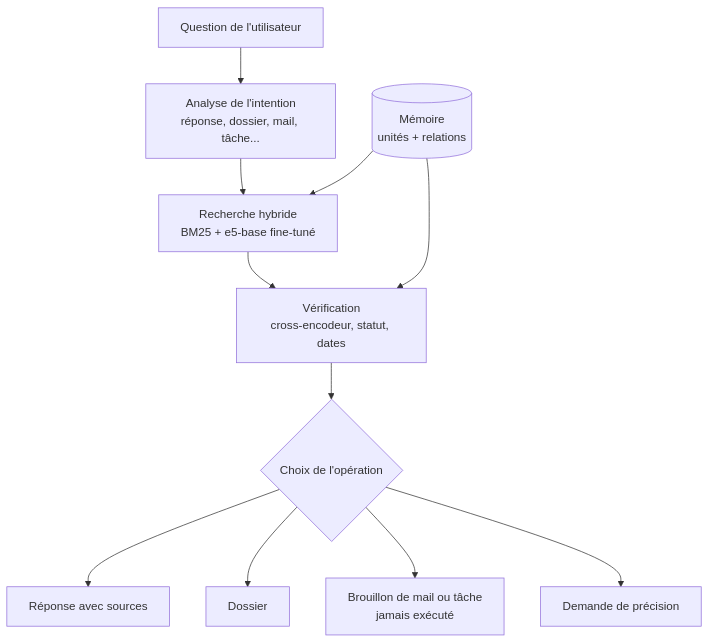
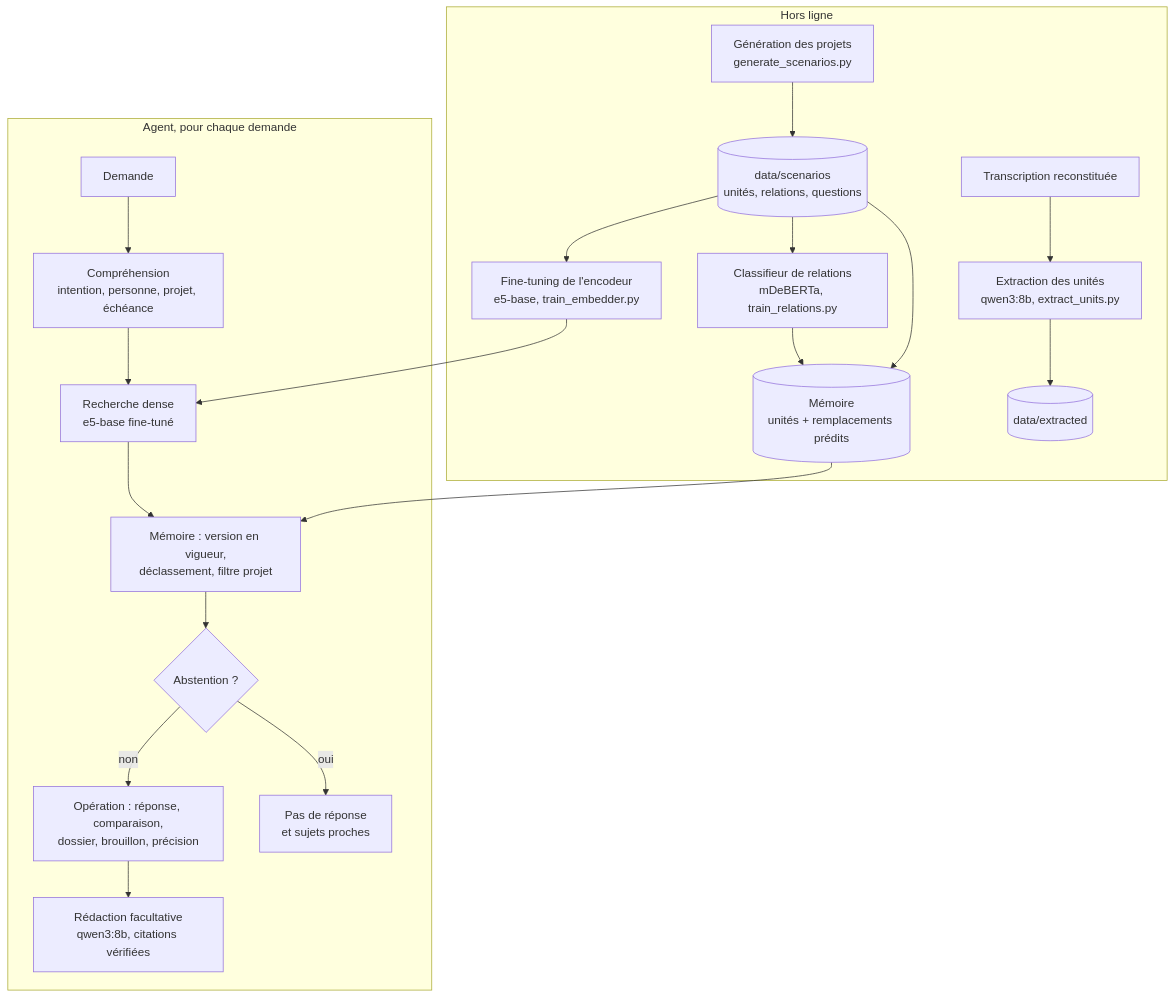
The first of 5 diagrams in docs/ARCHITECTURE.md (Gabricode5/EMBEDDING-LAB), drawn with Mermaid before and after one commit. The commit also changed other lines of this file and 4 other files, not shown here.

````diff
--- a/docs/ARCHITECTURE.md
+++ b/docs/ARCHITECTURE.md
@@ -9,13 +13,23 @@
 ```mermaid
 flowchart TD
-    Q[Question de l'utilisateur] --> I[Analyse de l'intention<br/>réponse, dossier, mail, tâche...]
-    I --> R[Recherche hybride<br/>BM25 + e5-base fine-tuné]
-    M[(Mémoire<br/>unités + relations)] --> R
-    R --> V[Vérification<br/>cross-encodeur, statut, dates]
-    M --> V
-    V --> C{Choix de l'opération}
-    C --> A1[Réponse avec sources]
-    C --> A2[Dossier]
-    C --> A3[Brouillon de mail ou tâche<br/>jamais exécuté]
-    C --> A4[Demande de précision]
+    subgraph horsligne["Hors ligne"]
+        G["Génération des projets<br/>generate_scenarios.py"] --> D[("data/scenarios<br/>unités, relations, questions")]
+        T["Transcription reconstituée"] --> X["Extraction des unités<br/>qwen3:8b, extract_units.py"]
+        X --> D2[("data/extracted")]
+        D --> E["Fine-tuning de l'encodeur<br/>e5-base, train_embedder.py"]
+        D --> R["Classifieur de relations<br/>mDeBERTa, train_relations.py"]
+        R --> M[("Mémoire<br/>unités + remplacements prédits")]
+        D --> M
+    end
+    subgraph agent["Agent, pour chaque demande"]
+        Q["Demande"] --> U["Compréhension<br/>intention, personne, projet, échéance"]
+        U --> S["Recherche dense<br/>e5-base fine-tuné"]
+        S --> F["Mémoire : version en vigueur,<br/>déclassement, filtre projet"]
+        F --> A{"Abstention ?"}
+        A -- non --> O["Opération : réponse, comparaison,<br/>dossier, brouillon, précision"]
+        A -- oui --> N["Pas de réponse<br/>et sujets proches"]
+        O --> W["Rédaction facultative<br/>qwen3:8b, citations vérifiées"]
+    end
+    M --> F
+    E --> S
 ```
````
